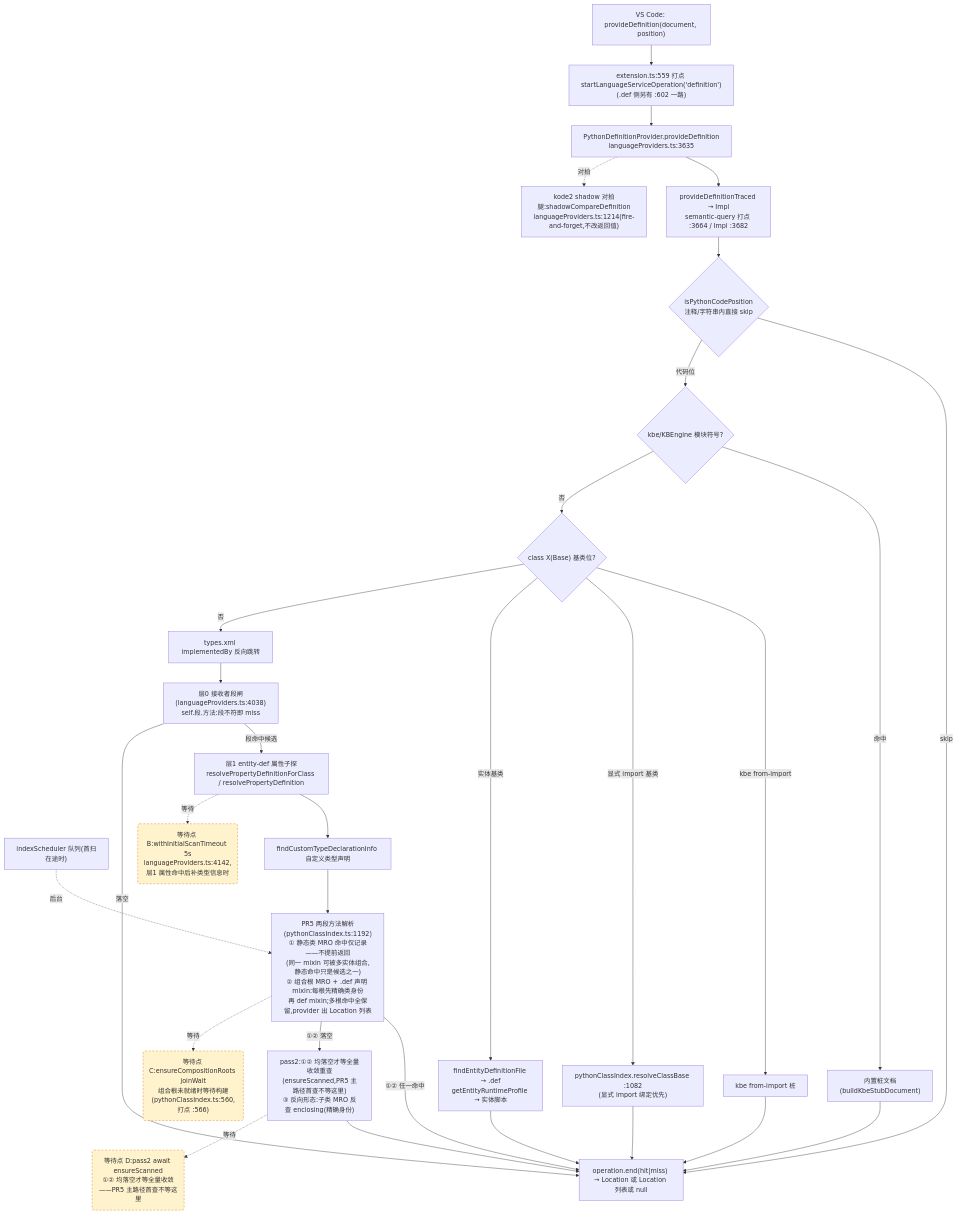
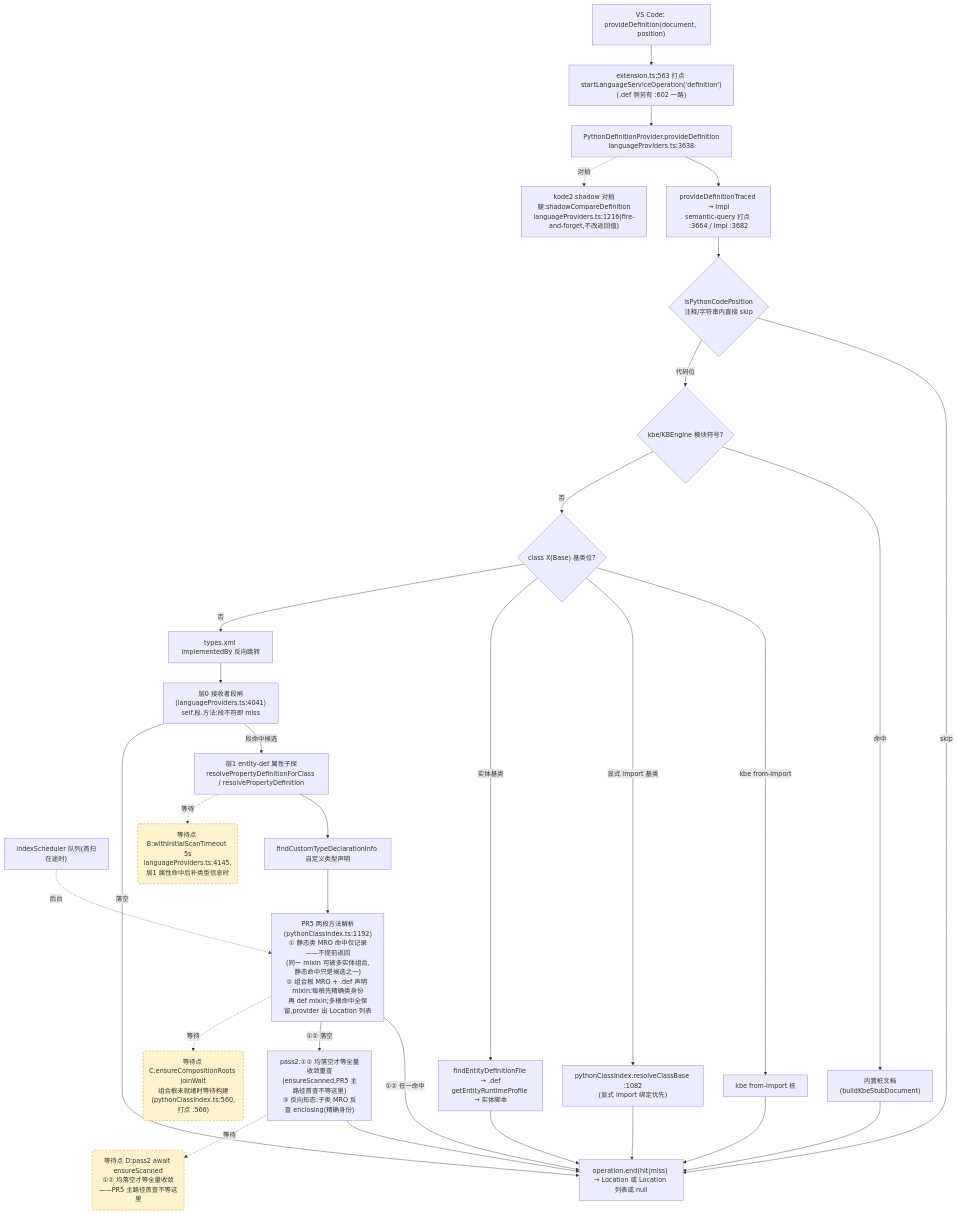
The second of 4 diagrams in docs/perf/2026-baseline.md (cuihairu/kode), drawn with Mermaid before and after one commit. The commit also changed other lines of this file and 5 other files, not shown here.

````diff
--- a/docs/perf/2026-baseline.md
+++ b/docs/perf/2026-baseline.md
@@ -130,51 +130,51 @@
 ```mermaid
 flowchart TD
   VC2["VS Code: provideDefinition(document, position)"]
-  M2["extension.ts:559 打点 startLanguageServiceOperation('definition')<br/>(.def 侧另有 :602 一路)"]
-  AD2["PythonDefinitionProvider.provideDefinition<br/>languageProviders.ts:3635"]
+  M2["extension.ts:563 打点 startLanguageServiceOperation('definition')<br/>(.def 侧另有 :602 一路)"]
+  AD2["PythonDefinitionProvider.provideDefinition<br/>languageProviders.ts:3638"]
   TR["provideDefinitionTraced → Impl<br/>semantic-query 打点 :3664 / Impl :3682"]
   CTX{"isPythonCodePosition<br/>注释/字符串内直接 skip"}
   KBE{"kbe/KBEngine 模块符号?"}
   STUB["内置桩文档(buildKbeStubDocument)"]
   CB{"class X(Base) 基类位?"}
   CB1["kbe from-import 桩"]
   CB2["pythonClassIndex.resolveClassBase :1082<br/>(显式 import 绑定优先)"]
   CB3["findEntityDefinitionFile → .def<br/>getEntityRuntimeProfile → 实体脚本"]
   REV["types.xml implementedBy 反向跳转"]
-  L0["层0 接收者段闸(languageProviders.ts:4038)<br/>self.段.方法:段不符即 miss"]
+  L0["层0 接收者段闸(languageProviders.ts:4041)<br/>self.段.方法:段不符即 miss"]
   L1["层1 entity-def 属性子探<br/>resolvePropertyDefinitionForClass / resolvePropertyDefinition"]
   SCAN["indexScheduler 队列(首扫在途时)"]
   TY["findCustomTypeDeclarationInfo 自定义类型声明"]
   MRO["PR5 两段方法解析(pythonClassIndex.ts:1192)<br/>① 静态类 MRO 命中仅记录——不提前返回<br/>(同一 mixin 可被多实体组合,静态命中只是候选之一)<br/>② 组合根 MRO + .def 声明 mixin:每根先精确类身份<br/>再 def mixin;多根命中全保留,provider 出 Location 列表"]
   PASS2["pass2:①② 均落空才等全量收敛重查<br/>(ensureScanned,PR5 主路径首查不等这里)<br/>③ 反向形态:子类 MRO 反查 enclosing(精确身份)"]
-  SHD["kode2 shadow 对拍腿:shadowCompareDefinition<br/>languageProviders.ts:1214(fire-and-forget,不改返回值)"]
+  SHD["kode2 shadow 对拍腿:shadowCompareDefinition<br/>languageProviders.ts:1216(fire-and-forget,不改返回值)"]
   END2["operation.end(hit|miss) → Location 或 Location 列表或 null"]
 
   VC2 --> M2 --> AD2 --> TR --> CTX
   CTX -- "skip" --> END2
   CTX -- "代码位" --> KBE
   KBE -- "命中" --> STUB --> END2
   KBE -- "否" --> CB
   CB -- "kbe from-import" --> CB1 --> END2
   CB -- "显式 import 基类" --> CB2 --> END2
   CB -- "实体基类" --> CB3 --> END2
   CB -- "否" --> REV --> L0
   L0 -- "段命中候选" --> L1
   L0 -- "落空" --> END2
   L1 --> TY
   TY --> MRO
   MRO -- "①② 任一命中" --> END2
   MRO -- "①② 落空" --> PASS2 --> END2
   AD2 -.->|对拍| SHD
 
-  WAITB("等待点 B:withInitialScanTimeout 5s<br/>languageProviders.ts:4142,层1 属性命中后补类型信息时")
+  WAITB("等待点 B:withInitialScanTimeout 5s<br/>languageProviders.ts:4145,层1 属性命中后补类型信息时")
   WAITC("等待点 C:ensureCompositionRoots joinWait<br/>组合根未就绪时等待构建(pythonClassIndex.ts:560,打点 :566)")
   WAITD("等待点 D:pass2 await ensureScanned<br/>①② 均落空才等全量收敛——PR5 主路径首查不等这里")
   L1 -.->|等待| WAITB
   MRO -.->|等待| WAITC
   PASS2 -.->|等待| WAITD
   SCAN -.->|后台| MRO
 
   classDef waitPoint fill:#fff3cd,stroke:#d97706,stroke-dasharray:5 4;
   class WAITB,WAITC,WAITD waitPoint;
 ```
````
